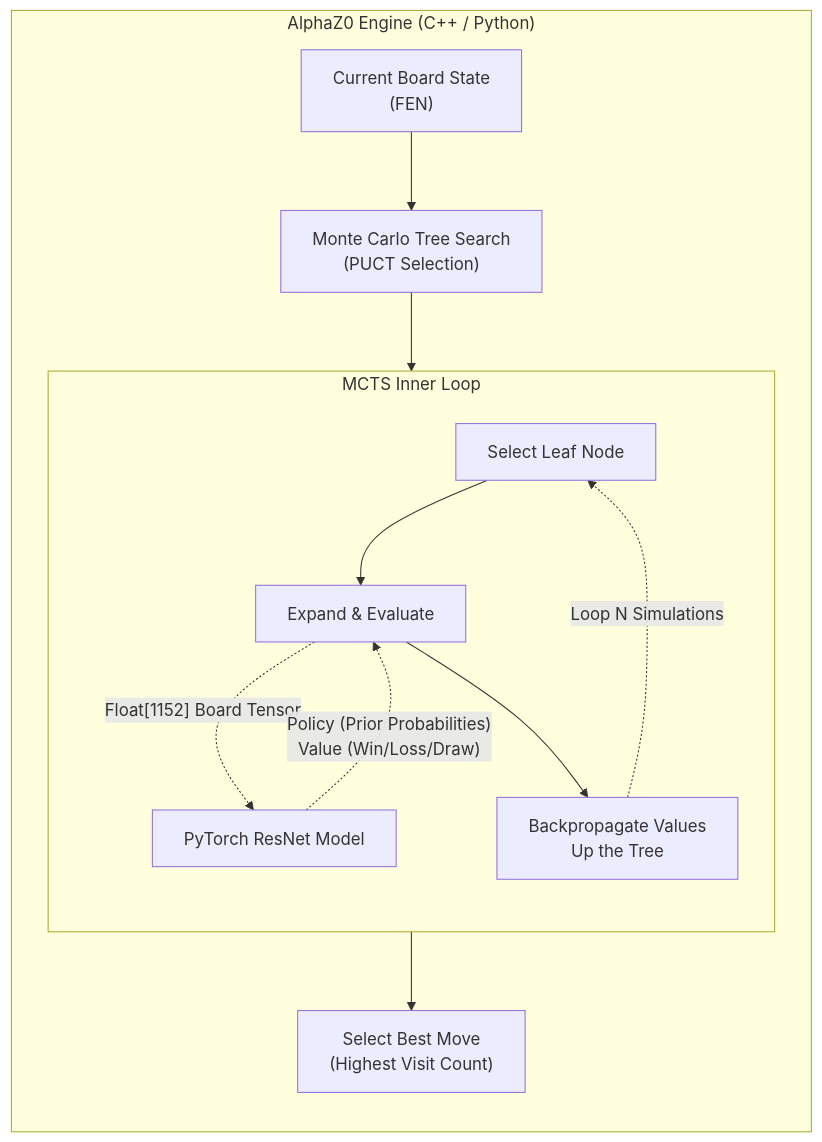
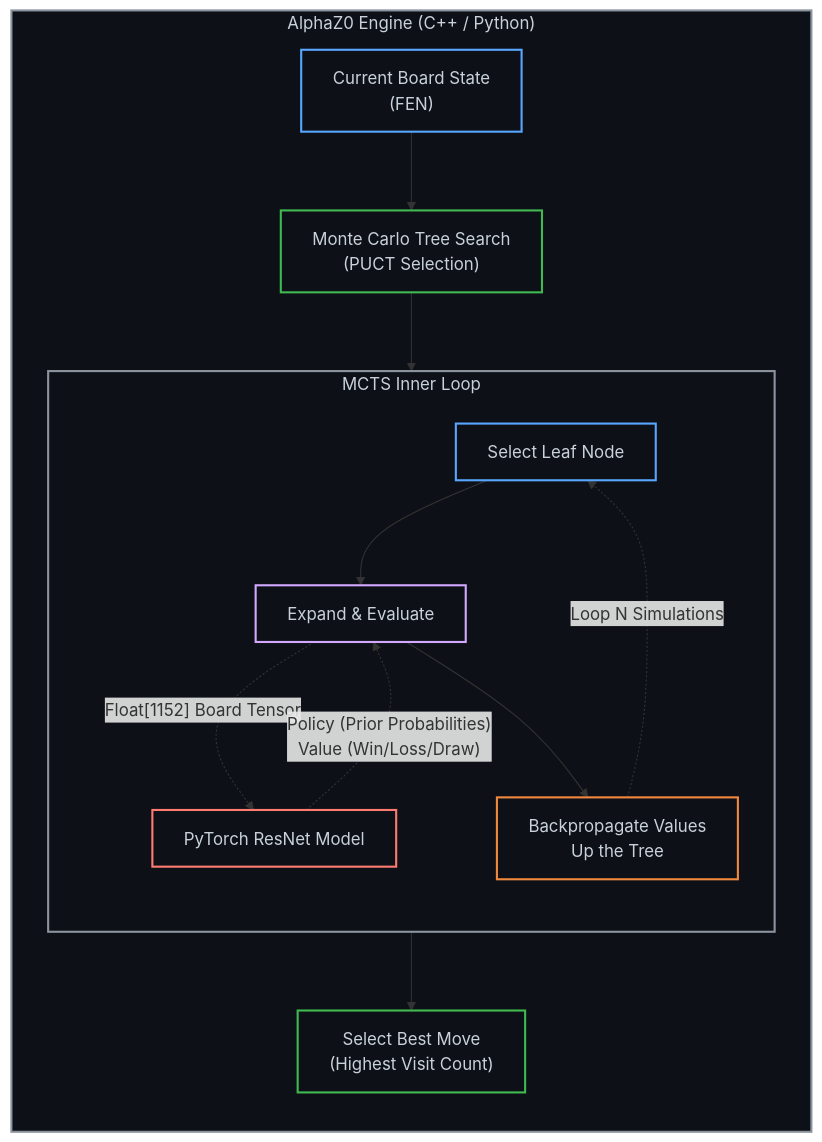
Before and after one commit to AnshumanJ28/AlphaZ0: the first of 6 diagrams in README.md, drawn with Mermaid.

Commit message:
style: add color grading to Engine diagram to match Architecture style

````diff
--- a/README.md
+++ b/README.md
@@ -200,19 +200,29 @@
 ```mermaid
 flowchart TB
     subgraph ENGINE["AlphaZ0 Engine (C++ / Python)"]
         direction TB
         INPUT["Current Board State<br/>(FEN)"] --> MCTS["Monte Carlo Tree Search<br/>(PUCT Selection)"]
         
         subgraph SEARCH["MCTS Inner Loop"]
             direction TB
             SEL["Select Leaf Node"] --> EXP["Expand & Evaluate"]
             EXP -.->|"Float[1152] Board Tensor"| NN["PyTorch ResNet Model"]
             NN -.->|"Policy (Prior Probabilities)<br/>Value (Win/Loss/Draw)"| EXP
             EXP --> BCK["Backpropagate Values<br/>Up the Tree"]
             BCK -.->|"Loop N Simulations"| SEL
         end
         
         MCTS --> SEARCH
         SEARCH --> BEST["Select Best Move<br/>(Highest Visit Count)"]
     end
+
+    style ENGINE fill:#0d1117,stroke:#8b949e,stroke-width:2px,color:#c9d1d9
+    style INPUT fill:#0d1117,stroke:#58a6ff,stroke-width:2px,color:#c9d1d9
+    style MCTS fill:#0d1117,stroke:#3fb950,stroke-width:2px,color:#c9d1d9
+    style SEARCH fill:#0d1117,stroke:#8b949e,stroke-width:2px,color:#c9d1d9
+    style SEL fill:#0d1117,stroke:#58a6ff,stroke-width:2px,color:#c9d1d9
+    style EXP fill:#0d1117,stroke:#d2a8ff,stroke-width:2px,color:#c9d1d9
+    style NN fill:#0d1117,stroke:#ff7b72,stroke-width:2px,color:#c9d1d9
+    style BCK fill:#0d1117,stroke:#f0883e,stroke-width:2px,color:#c9d1d9
+    style BEST fill:#0d1117,stroke:#3fb950,stroke-width:2px,color:#c9d1d9
 ```
````
